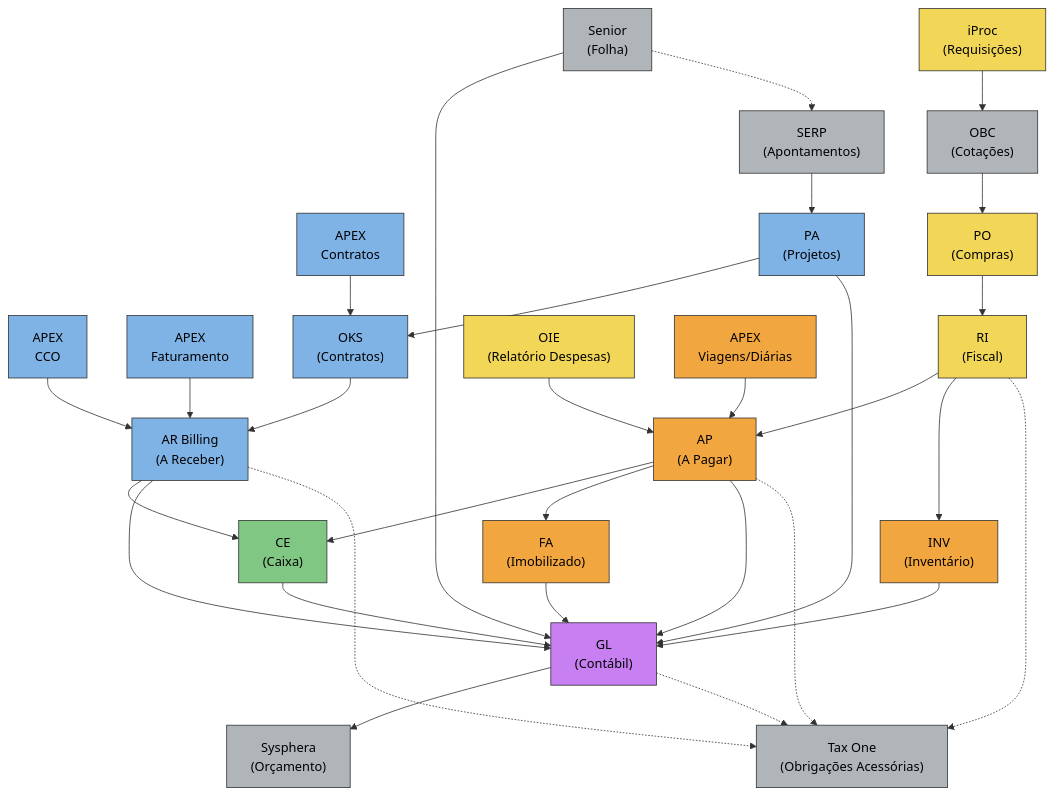
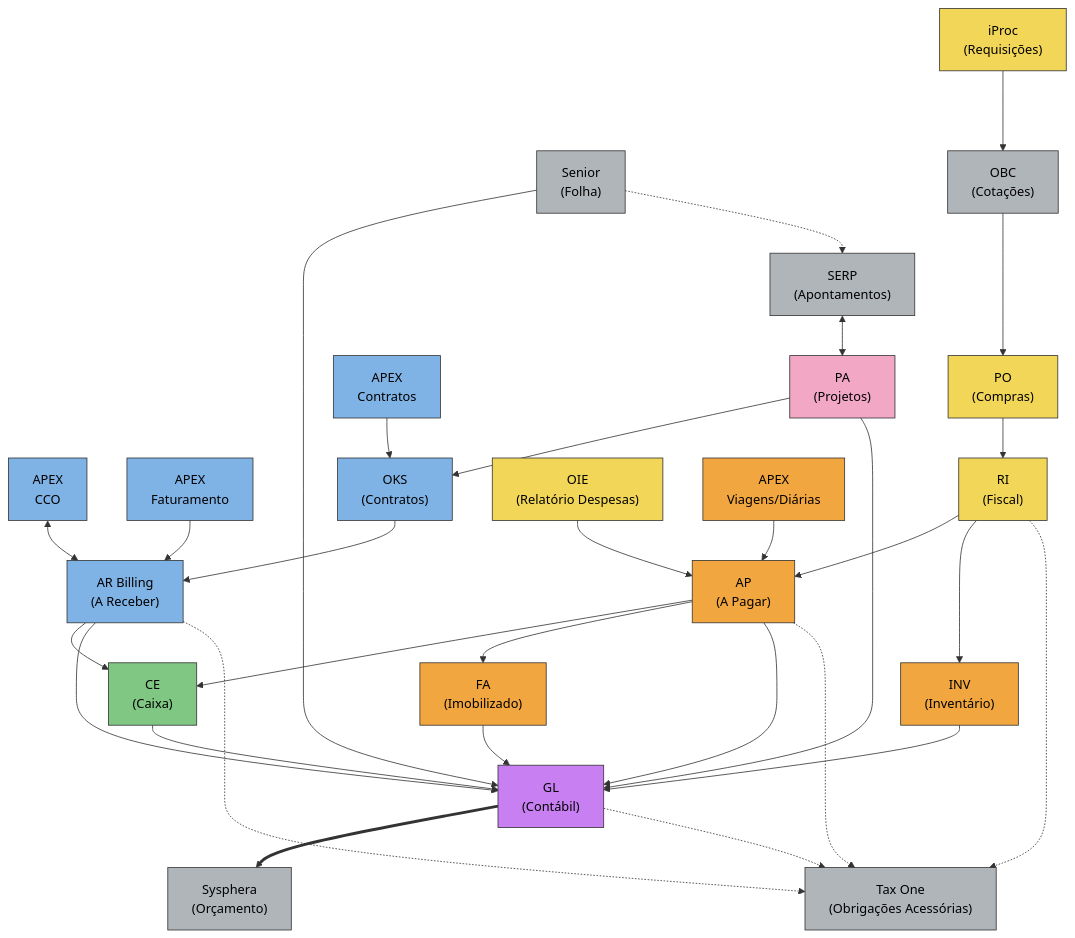
One commit to aldevargas/aldevargas changed the diagram in diagrama-erp.md. Above: the diagram before and after it, drawn with Mermaid.

```diff
--- a/diagrama-erp.md
+++ b/diagrama-erp.md
@@ -14,6 +14,7 @@
     %% NÓS DO DIAGRAMA
     %% Gray (External Systems / HR / Planning)
     SERP["SERP\n(Apontamentos)"]:::gray
+    PA["PA\n(Projetos)"]:::pink
     Senior["Senior\n(Folha)"]:::gray
     Sysphera["Sysphera\n(Orçamento)"]:::gray
 
@@ -21,7 +22,6 @@
     APEX_CCO["APEX\nCCO"]:::blue
     APEX_Contratos["APEX\nContratos"]:::blue
     APEX_Faturamento["APEX\nFaturamento"]:::blue
-    PA["PA\n(Projetos)"]:::blue
     OKS["OKS\n(Contratos)"]:::blue
     AR["AR Billing\n(A Receber)"]:::blue
 
@@ -51,9 +51,9 @@
     %% Lado Esquerdo (Projetos, Vendas, Contratos, RH)
     Senior --> GL
     Senior -.-> SERP
-    SERP --> PA
+    SERP <--> PA
     APEX_Contratos --> OKS
-    APEX_CCO --> AR
+    APEX_CCO <--> AR
     APEX_Faturamento --> AR
     PA --> OKS
     PA --> GL
@@ -62,8 +62,8 @@
     AR --> GL
     
     %% Lado Direito (Compras, Inventário, Fiscal)
-    iProc --> OBC
-    OBC --> PO
+    iProc o--> OBC
+    OBC o--> PO
     PO --> RI
     RI --> AP
     RI --> INV
@@ -77,7 +77,7 @@
 
     %% Centro (Caixa e Contábil)
     CE --> GL
-    GL --> Sysphera
+    GL ==> Sysphera
 
     %% Integrações com Tax One (Pink)
     AR -.-> TaxOne
```
